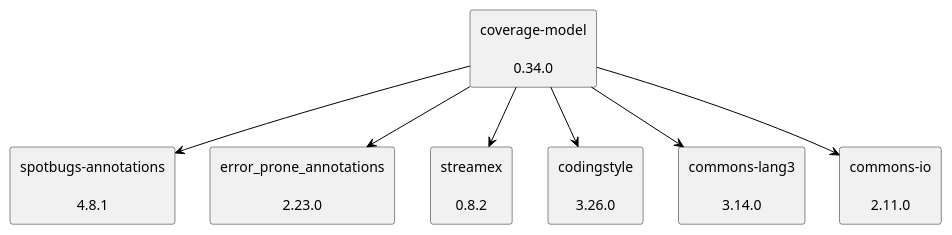
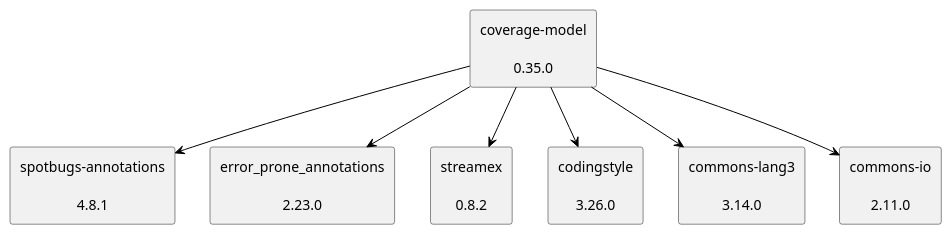
The diagram in doc/dependency-graph.puml (jenkinsci/coverage-model), drawn with PlantUML before and after one commit.

Commit message:
Bump version of coverage-model.

```diff
--- a/doc/dependency-graph.puml
+++ b/doc/dependency-graph.puml
@@ -1,22 +1,22 @@
 @startuml
 skinparam defaultTextAlignment center
 skinparam rectangle {
   BackgroundColor<<optional>> beige
   BackgroundColor<<test>> lightGreen
   BackgroundColor<<runtime>> lightBlue
   BackgroundColor<<provided>> lightGray
 }
-rectangle "coverage-model\n\n0.34.0" as edu_hm_hafner_coverage_model_jar
+rectangle "coverage-model\n\n0.35.0" as edu_hm_hafner_coverage_model_jar
 rectangle "spotbugs-annotations\n\n4.8.1" as com_github_spotbugs_spotbugs_annotations_jar
 rectangle "error_prone_annotations\n\n2.23.0" as com_google_errorprone_error_prone_annotations_jar
 rectangle "streamex\n\n0.8.2" as one_util_streamex_jar
 rectangle "codingstyle\n\n3.26.0" as edu_hm_hafner_codingstyle_jar
 rectangle "commons-lang3\n\n3.14.0" as org_apache_commons_commons_lang3_jar
 rectangle "commons-io\n\n2.11.0" as commons_io_commons_io_jar
 edu_hm_hafner_coverage_model_jar -[#000000]-> com_github_spotbugs_spotbugs_annotations_jar
 edu_hm_hafner_coverage_model_jar -[#000000]-> com_google_errorprone_error_prone_annotations_jar
 edu_hm_hafner_coverage_model_jar -[#000000]-> one_util_streamex_jar
 edu_hm_hafner_coverage_model_jar -[#000000]-> edu_hm_hafner_codingstyle_jar
 edu_hm_hafner_coverage_model_jar -[#000000]-> org_apache_commons_commons_lang3_jar
 edu_hm_hafner_coverage_model_jar -[#000000]-> commons_io_commons_io_jar
 @enduml
```
